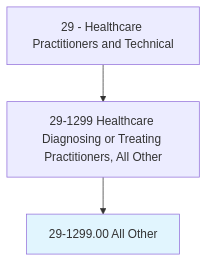
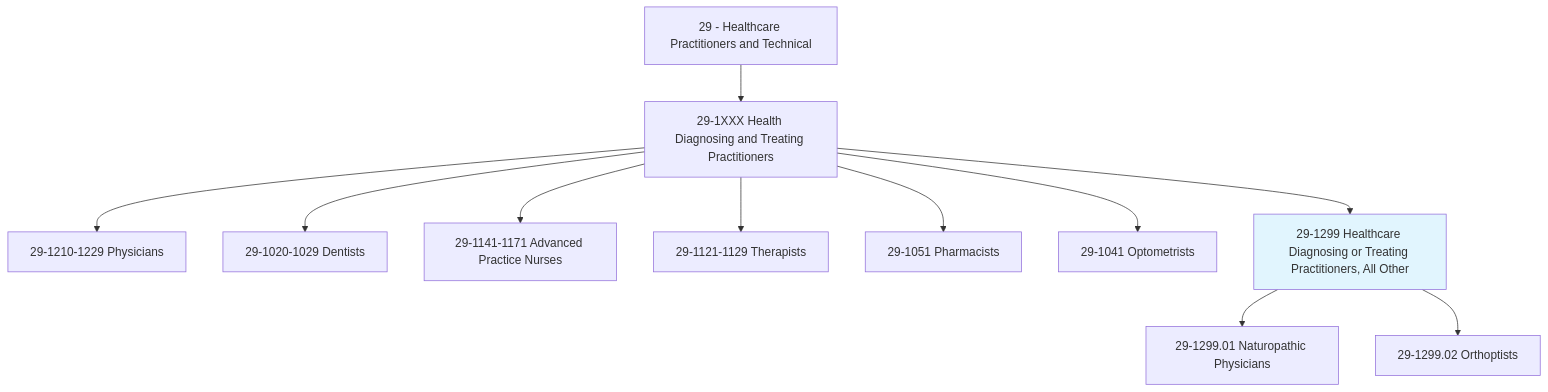
Before and after one commit to kziemski/business.org.ai: the first of 4 diagrams in occupations/HealthcarePractitioners/HealthcareDiagnosingORTreatingPractitioners.mdx, drawn with Mermaid. The commit also changed other lines of this file and 885 other files, not shown here.

````diff
--- a/occupations/HealthcarePractitioners/HealthcareDiagnosingORTreatingPractitioners.mdx
+++ b/occupations/HealthcarePractitioners/HealthcareDiagnosingORTreatingPractitioners.mdx
@@ -23,6 +23,14 @@
 ```mermaid
 graph TD
-    Cat29["29 - Healthcare Practitioners and Technical"] --> Group291299["29-1299 Healthcare Diagnosing or Treating Practitioners, All Other"]
-    Group291299 --> Current["29-1299.00 All Other"]
+    Cat29["29 - Healthcare Practitioners and Technical"] --> Group291["29-1XXX Health Diagnosing and Treating Practitioners"]
+    Group291 --> Physicians["29-1210-1229 Physicians"]
+    Group291 --> Dentists["29-1020-1029 Dentists"]
+    Group291 --> APRNs["29-1141-1171 Advanced Practice Nurses"]
+    Group291 --> Therapists["29-1121-1129 Therapists"]
+    Group291 --> Pharmacists["29-1051 Pharmacists"]
+    Group291 --> Optometrists["29-1041 Optometrists"]
+    Group291 --> Current["29-1299 Healthcare Diagnosing or Treating Practitioners, All Other"]
+    Current --> Naturopath["29-1299.01 Naturopathic Physicians"]
+    Current --> Orthoptist["29-1299.02 Orthoptists"]
     style Current fill:#e1f5fe
 ```
````
